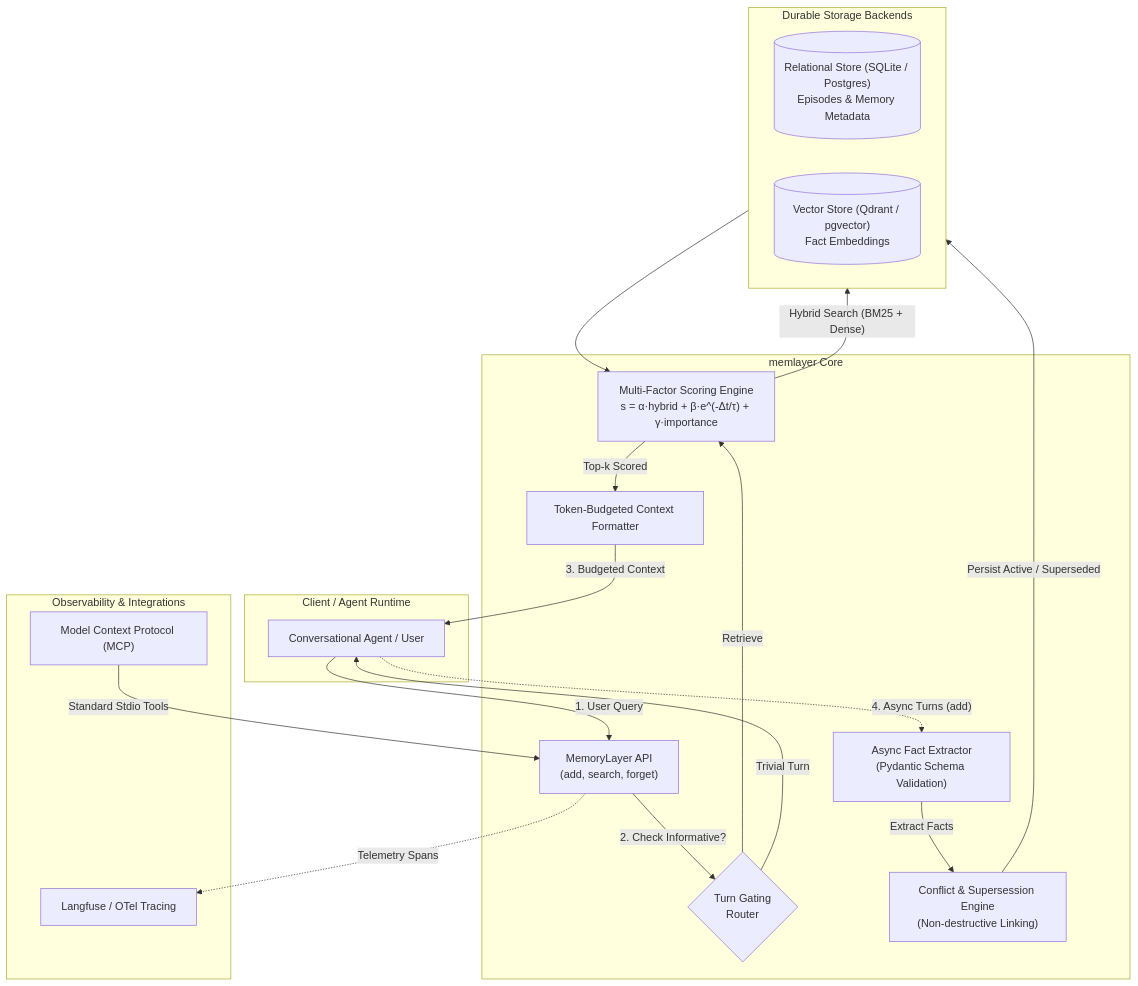
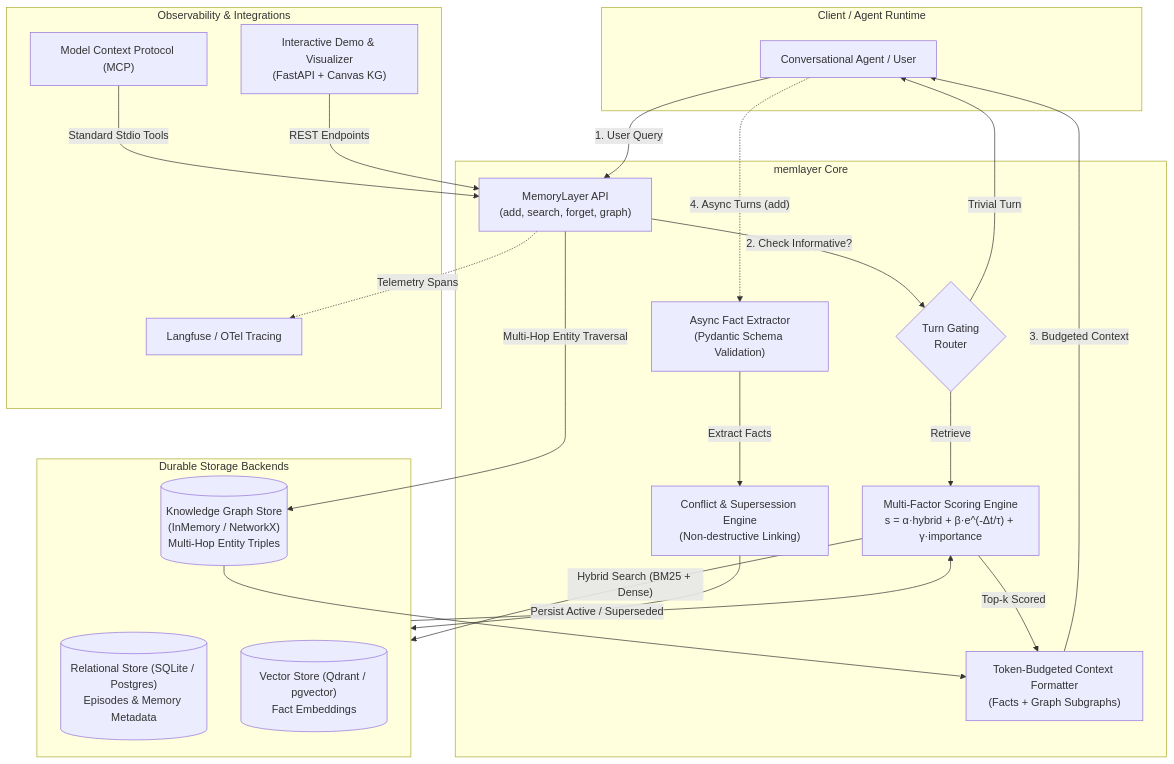
Before and after one commit to Yash-lab01/Agent-Memory-Layer: the diagram in README.md, drawn with Mermaid. The commit also changed other lines of this file, not shown here.

Commit message:
docs(docs): update README with Knowledge Graph, Inspector UI, and WanderAI demo

````diff
--- a/README.md
+++ b/README.md
@@ -19,41 +19,46 @@
 ```mermaid
 flowchart TD
     subgraph Client ["Client / Agent Runtime"]
         Agent["Conversational Agent / User"]
     end
 
     subgraph MemoryLayer ["memlayer Core"]
-        API["MemoryLayer API\n(add, search, forget)"]
+        API["MemoryLayer API\n(add, search, forget, graph)"]
         Router{"Turn Gating\nRouter"}
         Extractor["Async Fact Extractor\n(Pydantic Schema Validation)"]
         ConflictEngine["Conflict & Supersession Engine\n(Non-destructive Linking)"]
         Scorer["Multi-Factor Scoring Engine\ns = α·hybrid + β·e^(-Δt/τ) + γ·importance"]
-        Budgeter["Token-Budgeted Context Formatter"]
+        Budgeter["Token-Budgeted Context Formatter\n(Facts + Graph Subgraphs)"]
     end
 
     subgraph Storage ["Durable Storage Backends"]
         SQLStore[("Relational Store (SQLite / Postgres)\nEpisodes & Memory Metadata")]
         VectorStore[("Vector Store (Qdrant / pgvector)\nFact Embeddings")]
+        GraphStore[("Knowledge Graph Store\n(InMemory / NetworkX)\nMulti-Hop Entity Triples")]
     end
 
     subgraph Observability ["Observability & Integrations"]
         Langfuse["Langfuse / OTel Tracing"]
         MCPServer["Model Context Protocol (MCP)"]
+        WebUI["Interactive Demo & Visualizer\n(FastAPI + Canvas KG)"]
     end
 
     Agent -->|"1. User Query"| API
     API -->|"2. Check Informative?"| Router
     Router -->|"Retrieve"| Scorer
     Router -->|"Trivial Turn"| Agent
 
     Scorer -->|"Hybrid Search (BM25 + Dense)"| Storage
     Storage --> Scorer
+    API -->|"Multi-Hop Entity Traversal"| GraphStore
+    GraphStore --> Budgeter
     Scorer -->|"Top-k Scored"| Budgeter
     Budgeter -->|"3. Budgeted Context"| Agent
 
     Agent -.->|"4. Async Turns (add)"| Extractor
     Extractor -->|"Extract Facts"| ConflictEngine
     ConflictEngine -->|"Persist Active / Superseded"| Storage
     API -.->|"Telemetry Spans"| Langfuse
     MCPServer -->|"Standard Stdio Tools"| API
+    WebUI -->|"REST Endpoints"| API
 ```
````
